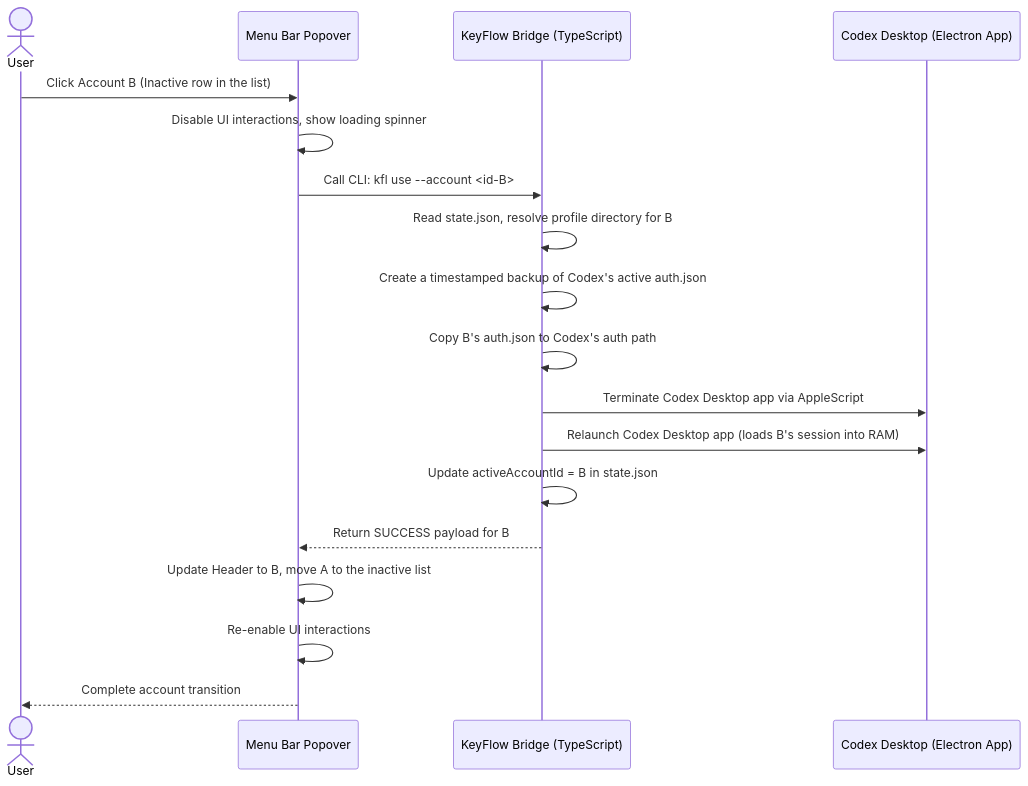
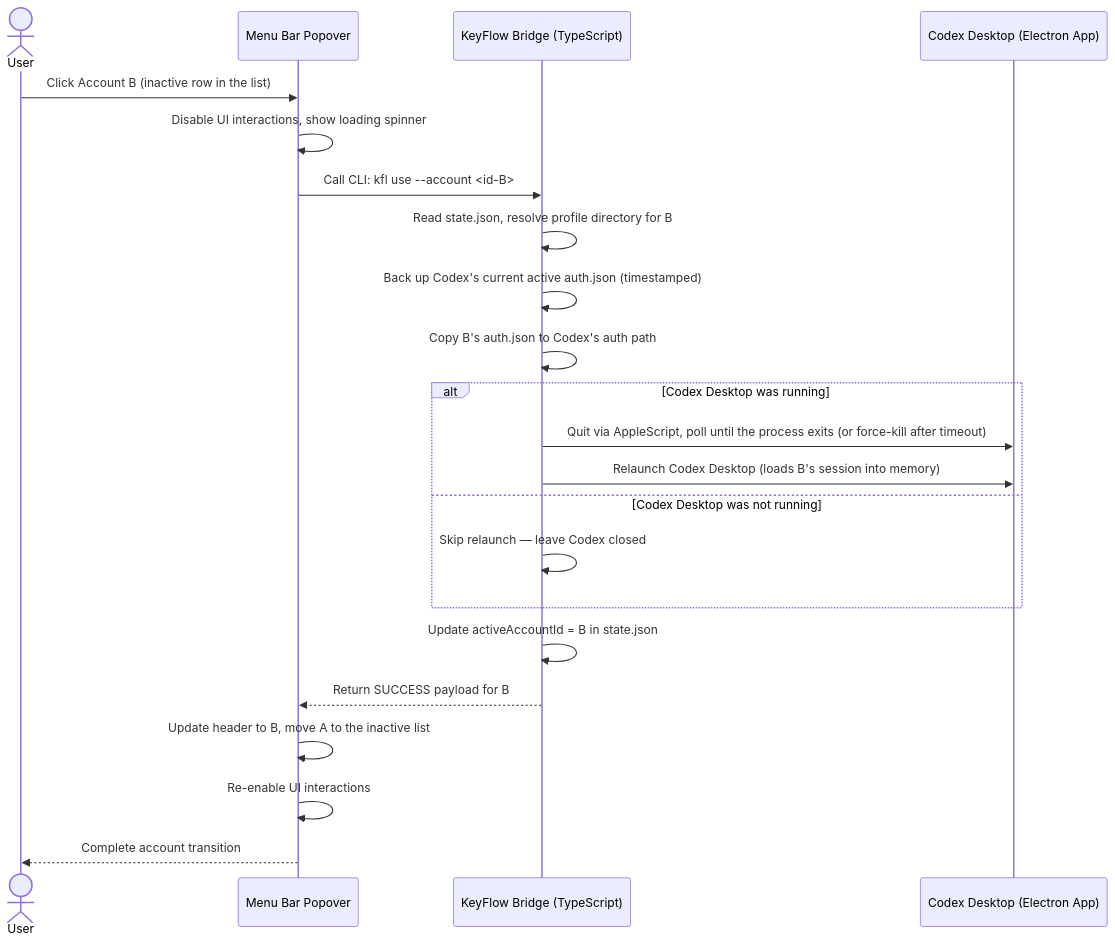
Before and after one commit to hbui290/keyflow: the second of 5 diagrams in docs/USERFLOW.md, drawn with Mermaid. The commit also changed other lines of this file and 3 other files, not shown here.

````diff
--- a/docs/USERFLOW.md
+++ b/docs/USERFLOW.md
@@ -43,24 +43,28 @@
 ```mermaid
 sequenceDiagram
     actor User as User
     participant Pop as Menu Bar Popover
     participant CLI as KeyFlow Bridge (TypeScript)
     participant Codex as Codex Desktop (Electron App)
 
-    User->>Pop: Click Account B (Inactive row in the list)
+    User->>Pop: Click Account B (inactive row in the list)
     Pop->>Pop: Disable UI interactions, show loading spinner
     Pop->>CLI: Call CLI: kfl use --account <id-B>
-    
+
     CLI->>CLI: Read state.json, resolve profile directory for B
-    CLI->>CLI: Create a timestamped backup of Codex's active auth.json
+    CLI->>CLI: Back up Codex's current active auth.json (timestamped)
     CLI->>CLI: Copy B's auth.json to Codex's auth path
-    
-    CLI->>Codex: Terminate Codex Desktop app via AppleScript
-    CLI->>Codex: Relaunch Codex Desktop app (loads B's session into RAM)
-    
+
+    alt Codex Desktop was running
+        CLI->>Codex: Quit via AppleScript, poll until the process exits (or force-kill after timeout)
+        CLI->>Codex: Relaunch Codex Desktop (loads B's session into memory)
+    else Codex Desktop was not running
+        CLI->>CLI: Skip relaunch — leave Codex closed
+    end
+
     CLI->>CLI: Update activeAccountId = B in state.json
     CLI-->>Pop: Return SUCCESS payload for B
-    Pop->>Pop: Update Header to B, move A to the inactive list
+    Pop->>Pop: Update header to B, move A to the inactive list
     Pop->>Pop: Re-enable UI interactions
     Pop-->>User: Complete account transition
 ```
````
